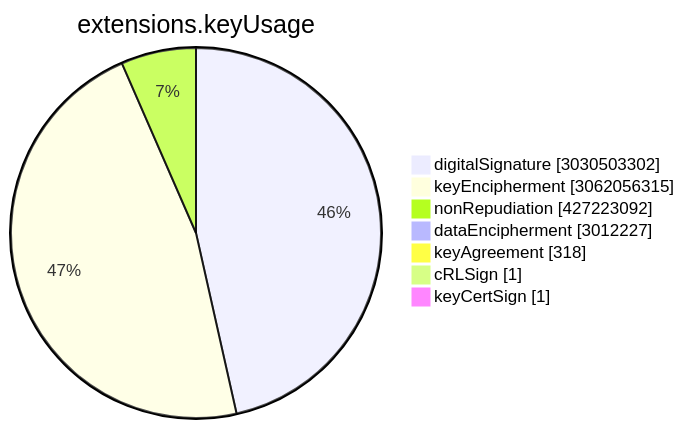
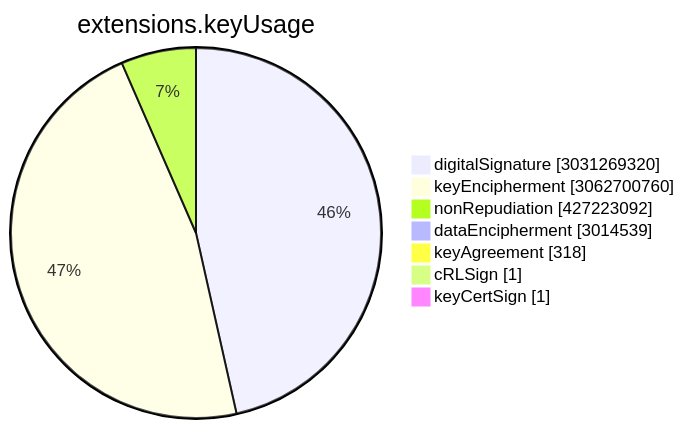
Before and after one commit to christiankrug/ctmonitor_visualization: the sixth of 15 diagrams in TOTAL/README.md, drawn with Mermaid. The commit also changed other lines of this file, not shown here.

````diff
--- a/TOTAL/README.md
+++ b/TOTAL/README.md
@@ -3075,11 +3075,11 @@
 ```mermaid
 pie showData
 title extensions.keyUsage
-"digitalSignature" :3030503302
-"keyEncipherment" :3062056315
+"digitalSignature" :3031269320
+"keyEncipherment" :3062700760
 "nonRepudiation" :427223092
-"dataEncipherment" :3012227
+"dataEncipherment" :3014539
 "keyAgreement" :318
 "cRLSign" :1
 "keyCertSign" :1
 ```
````
